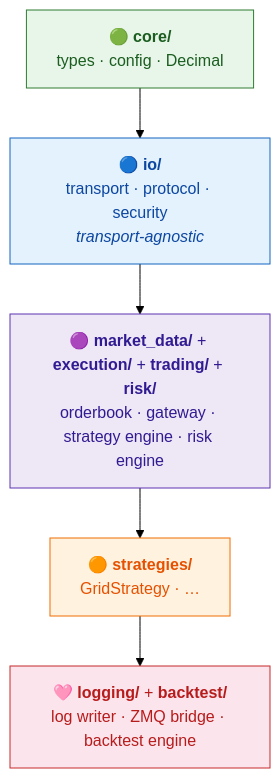
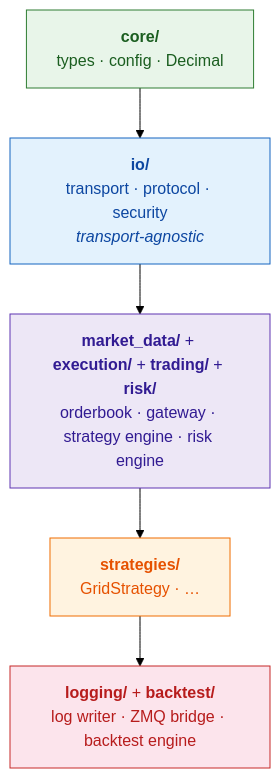
Before and after one commit to leafxuzm/trading_engine: the second of 2 diagrams in README.md, drawn with Mermaid (forest theme). The commit also changed other lines of this file, not shown here.

Commit message:
README: remove emoji icons from diagrams, fix Project Family visibility labels

````diff
--- a/README.md
+++ b/README.md
@@ -93,25 +93,25 @@
 ```mermaid
 flowchart TB
     classDef l0 fill:#e8f5e9,stroke:#2e7d32,color:#1b5e20
     classDef l1 fill:#e3f2fd,stroke:#1565c0,color:#0d47a1
     classDef l2 fill:#ede7f6,stroke:#5e35b1,color:#311b92
     classDef l3 fill:#fff3e0,stroke:#ef6c00,color:#e65100
     classDef l4 fill:#fce4ec,stroke:#c62828,color:#b71c1c
 
-    L0["🟢 <b>core/</b><br/>types · config · Decimal"]
-    L1["🔵 <b>io/</b><br/>transport · protocol · security<br/><i>transport-agnostic</i>"]
-    L2["🟣 <b>market_data/</b> + <b>execution/</b> + <b>trading/</b> + <b>risk/</b><br/>orderbook · gateway · strategy engine · risk engine"]
-    L3["🟠 <b>strategies/</b><br/>GridStrategy · …"]
-    L4["🩷 <b>logging/</b> + <b>backtest/</b><br/>log writer · ZMQ bridge · backtest engine"]
+    L0["<b>core/</b><br/>types · config · Decimal"]
+    L1["<b>io/</b><br/>transport · protocol · security<br/><i>transport-agnostic</i>"]
+    L2["<b>market_data/</b> + <b>execution/</b> + <b>trading/</b> + <b>risk/</b><br/>orderbook · gateway · strategy engine · risk engine"]
+    L3["<b>strategies/</b><br/>GridStrategy · …"]
+    L4["<b>logging/</b> + <b>backtest/</b><br/>log writer · ZMQ bridge · backtest engine"]
 
     L0 --> L1
     L1 --> L2
     L2 --> L3
     L3 --> L4
 
     class L0 l0
     class L1 l1
     class L2 l2
     class L3 l3
     class L4 l4
 ```
````
